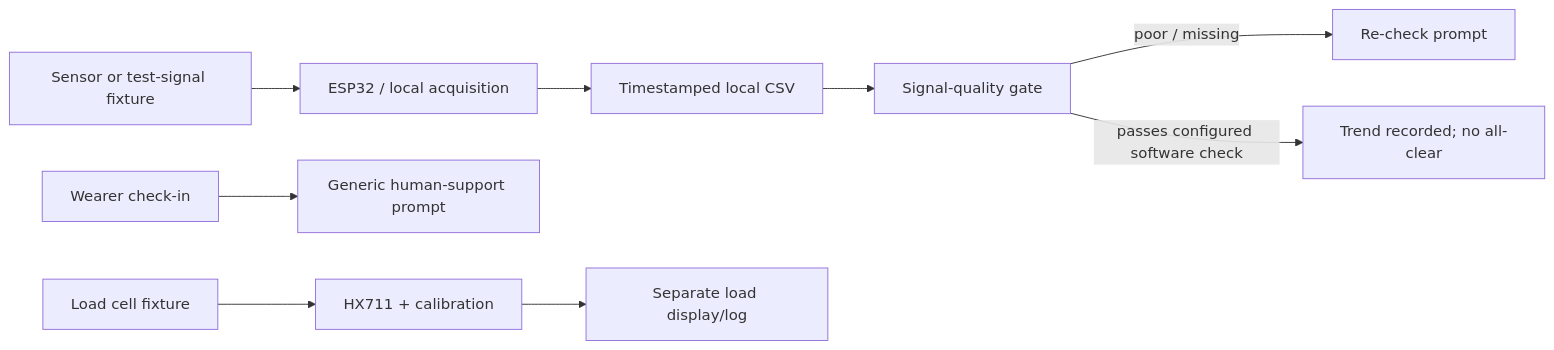
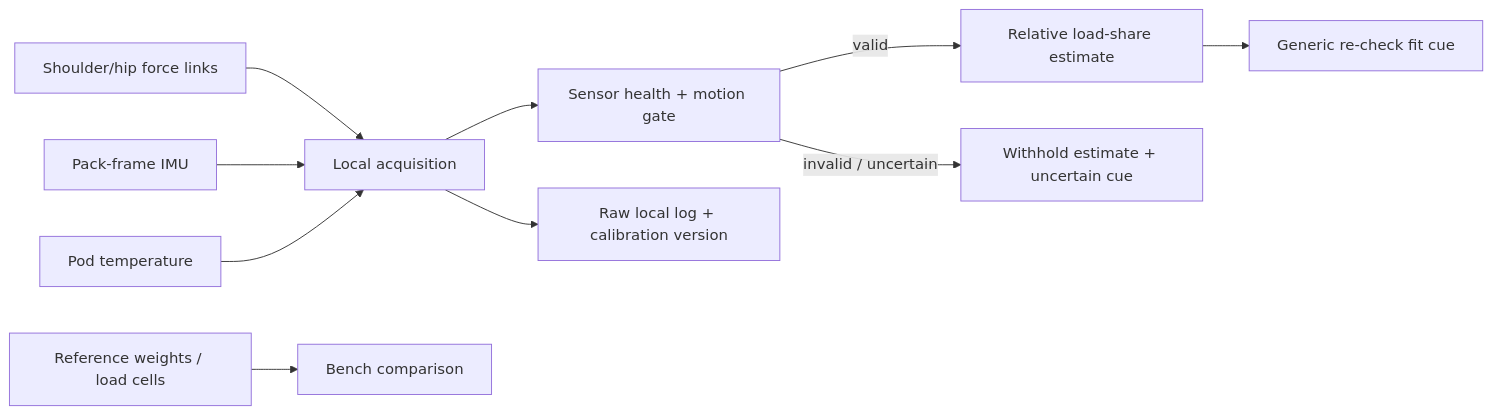
The diagram in projects/high-altitude-soldier-safety/docs/hardware_and_system_plan.md (krithika-bot/KRITHIKA), drawn with Mermaid before and after one commit. The commit also changed other lines of this file and 9 other files, not shown here.

Commit message:
Refocus novelty on load-balance sensor reliability

````diff
--- a/projects/high-altitude-soldier-safety/docs/hardware_and_system_plan.md
+++ b/projects/high-altitude-soldier-safety/docs/hardware_and_system_plan.md
@@ -31,10 +45,12 @@
 ```mermaid
 flowchart LR
-  A[Sensor or test-signal fixture] --> B[ESP32 / local acquisition]
-  B --> C[Timestamped local CSV]
-  C --> D[Signal-quality gate]
-  D -->|poor / missing| E[Re-check prompt]
-  D -->|passes configured software check| F[Trend recorded; no all-clear]
-  G[Wearer check-in] --> H[Generic human-support prompt]
-  I[Load cell fixture] --> J[HX711 + calibration] --> K[Separate load display/log]
+  A[Shoulder/hip force links] --> B[Local acquisition]
+  C[Pack-frame IMU] --> B
+  D[Pod temperature] --> B
+  B --> E[Sensor health + motion gate]
+  E -->|valid| F[Relative load-share estimate]
+  F --> G[Generic re-check fit cue]
+  E -->|invalid / uncertain| H[Withhold estimate + uncertain cue]
+  B --> I[Raw local log + calibration version]
+  J[Reference weights / load cells] --> K[Bench comparison]
 ```
````
